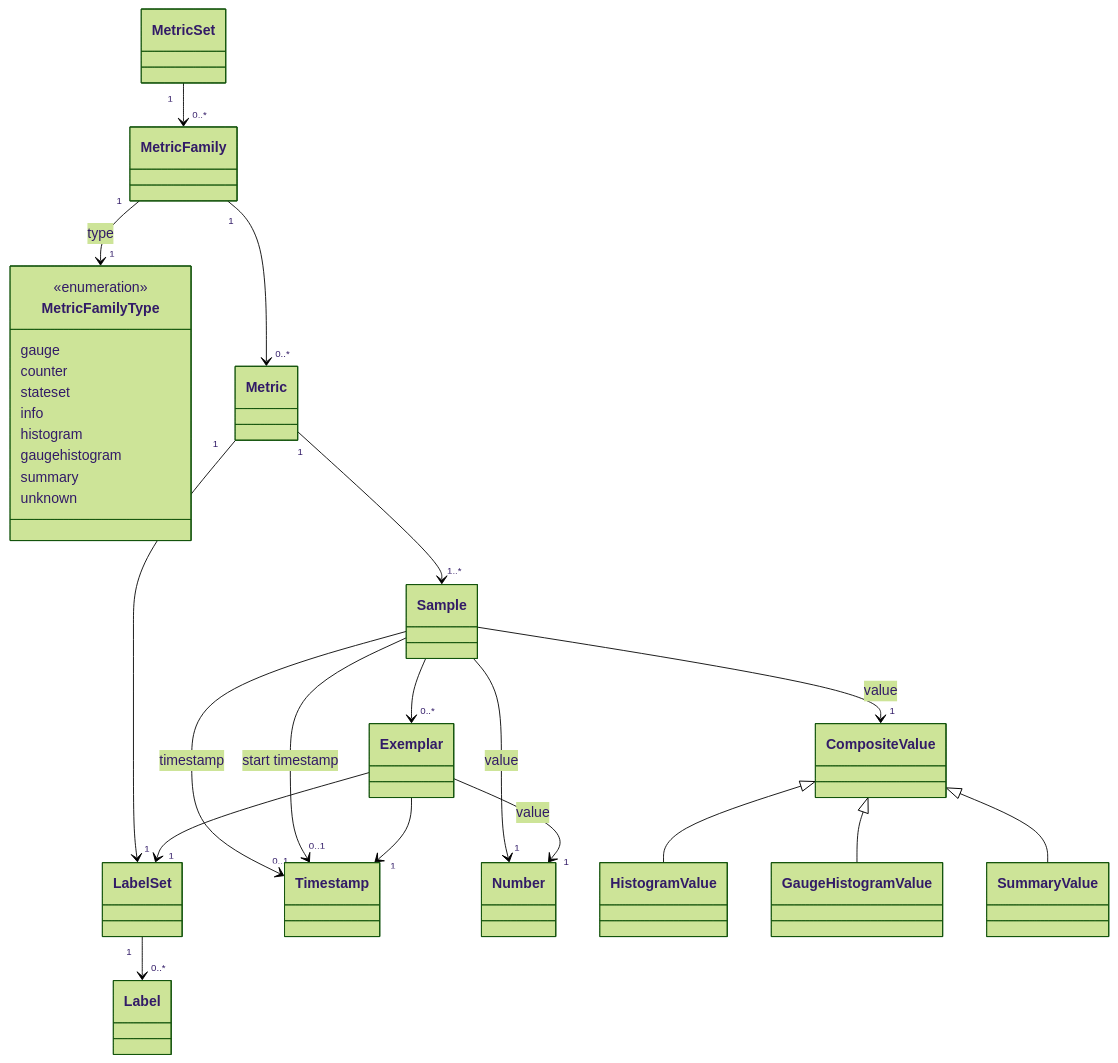
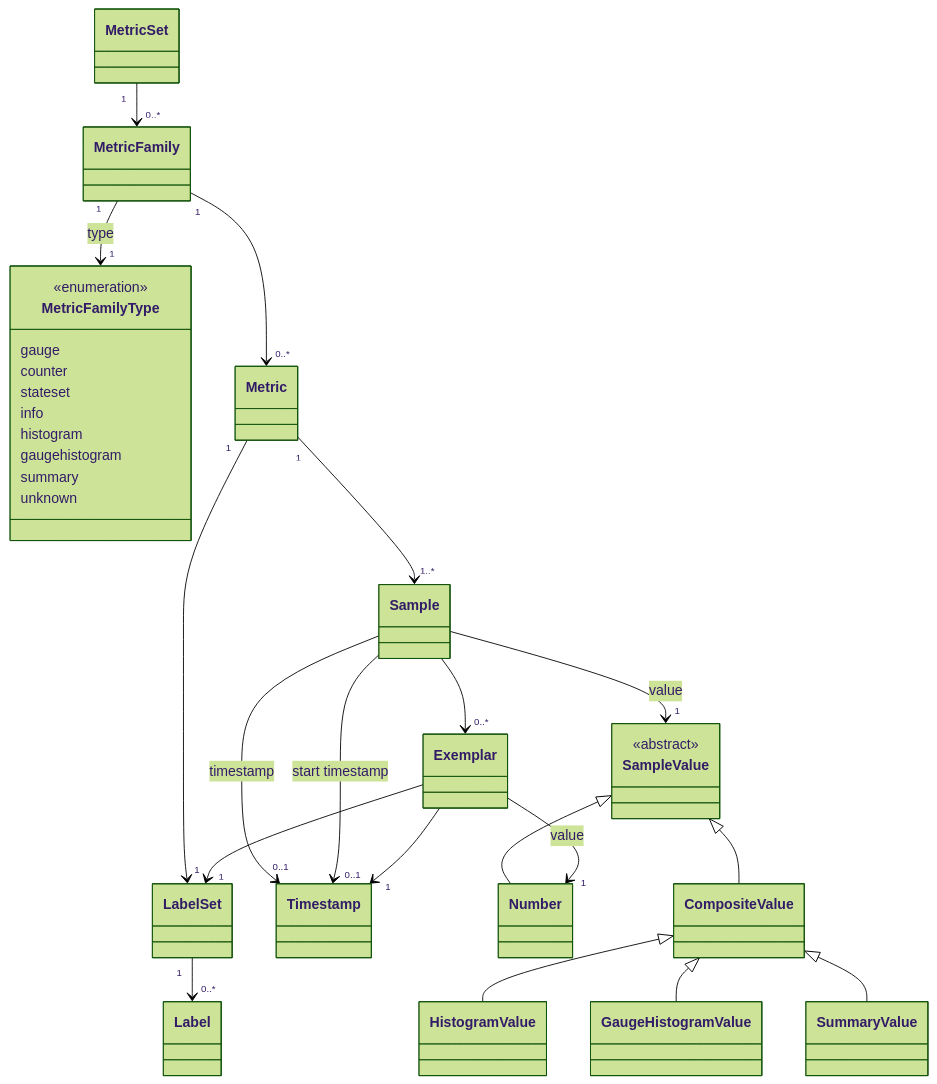
One commit to prometheus/docs changed the diagram in docs/specs/om/open_metrics_spec_2_0.md. Above: the diagram before and after it, drawn with Mermaid (forest theme).

Commit message:
fix(om2): introduce SampleValue abstract class to model exclusive Number/CompositeValue
A Sample has exactly one value which is either a Number or a CompositeValue,
not both simultaneously.

Coded with Claude Sonnet 4.6.

````diff
--- a/docs/specs/om/open_metrics_spec_2_0.md
+++ b/docs/specs/om/open_metrics_spec_2_0.md
@@ -69,45 +69,49 @@
 ```mermaid
 classDiagram
     class MetricSet
     class MetricFamily
     class MetricFamilyType {
         <<enumeration>>
         gauge
         counter
         stateset
         info
         histogram
         gaugehistogram
         summary
         unknown
     }
     class Metric
     class LabelSet
     class Label
     class Sample
     class Timestamp
     class Exemplar
+    class SampleValue {
+        <<abstract>>
+    }
     class Number
     class CompositeValue
     class HistogramValue
     class GaugeHistogramValue
     class SummaryValue
 
     MetricSet "1" --> "0..*" MetricFamily
     MetricFamily "1" --> "1" MetricFamilyType : type
     MetricFamily "1" --> "0..*" Metric
     Metric "1" --> "1" LabelSet
     Metric "1" --> "1..*" Sample
     LabelSet "1" --> "0..*" Label
-    Sample --> "1" Number : value
-    Sample --> "1" CompositeValue : value
+    Sample --> "1" SampleValue : value
     Sample --> "0..1" Timestamp : timestamp
     Sample --> "0..1" Timestamp : start timestamp
     Sample --> "0..*" Exemplar
+    SampleValue <|-- Number
+    SampleValue <|-- CompositeValue
     CompositeValue <|-- HistogramValue
     CompositeValue <|-- GaugeHistogramValue
     CompositeValue <|-- SummaryValue
     Exemplar --> "1" LabelSet
     Exemplar --> "1" Number : value
     Exemplar --> "1" Timestamp
 ```
````
